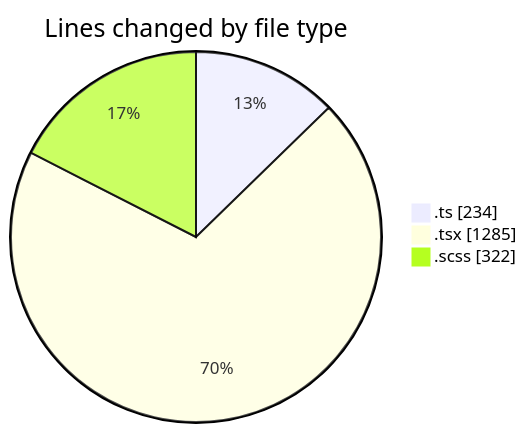
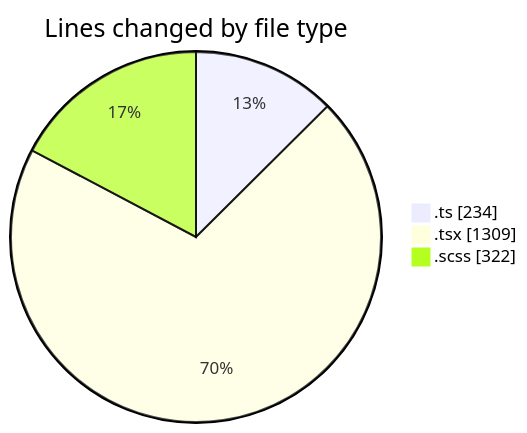
The first of 2 diagrams in 2025-05-01/cda/README.md (momahboobian/code-tracking), drawn with Mermaid before and after one commit. The commit also changed other lines of this file and 1 other file, not shown here.

````diff
--- a/2025-05-01/cda/README.md
+++ b/2025-05-01/cda/README.md
@@ -30,7 +30,7 @@
 ```mermaid
 pie showData
 title Lines changed by file type
 ".ts" : 234
-".tsx" : 1285
+".tsx" : 1309
 ".scss" : 322
 ```
````
